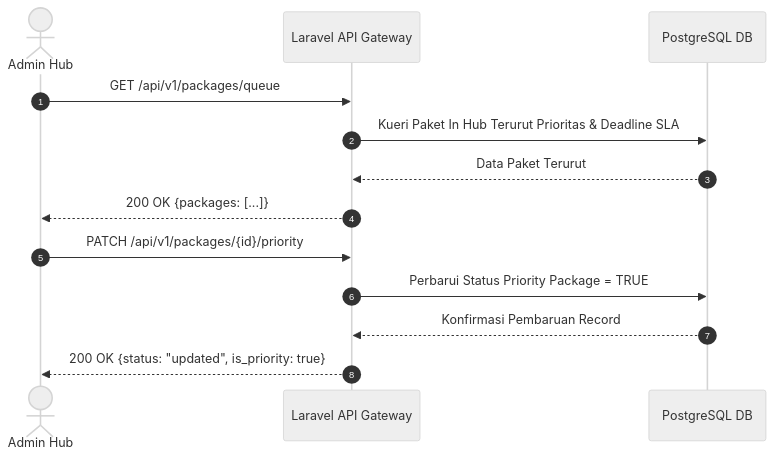
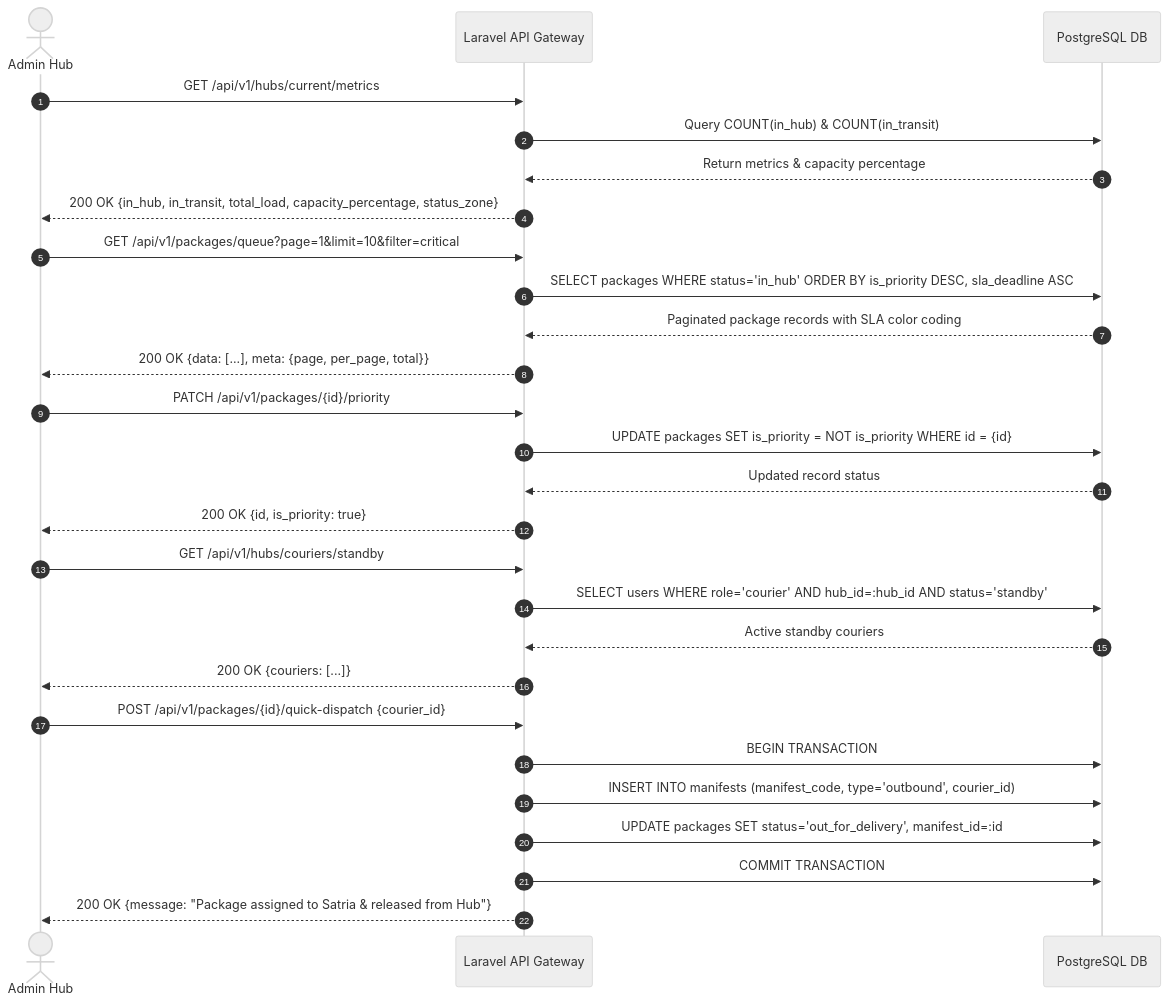
Before and after one commit to AhmadKusumahDEV/anteraja-capstone-muhammad_fatur: the diagram in docs/frd/FRD_F03_Dynamic_SLA_Queue.md, drawn with Mermaid (neutral theme). The commit also changed other lines of this file and 7 other files, not shown here.

Commit message:
updated prd and frd adjustment flow and mvp

````diff
--- a/docs/frd/FRD_F03_Dynamic_SLA_Queue.md
+++ b/docs/frd/FRD_F03_Dynamic_SLA_Queue.md
@@ -20,17 +47,34 @@
 ```mermaid
 sequenceDiagram
     autonumber
     actor Admin as Admin Hub
     participant API as Laravel API Gateway
     participant DB as PostgreSQL DB
 
-    Admin->>API: GET /api/v1/packages/queue
-    API->>DB: Kueri Paket In Hub Terurut Prioritas & Deadline SLA
-    DB-->>API: Data Paket Terurut
-    API-->>Admin: 200 OK {packages: [...]}
+    Admin->>API: GET /api/v1/hubs/current/metrics
+    API->>DB: Query COUNT(in_hub) & COUNT(in_transit)
+    DB-->>API: Return metrics & capacity percentage
+    API-->>Admin: 200 OK {in_hub, in_transit, total_load, capacity_percentage, status_zone}
+
+    Admin->>API: GET /api/v1/packages/queue?page=1&limit=10&filter=critical
+    API->>DB: SELECT packages WHERE status='in_hub' ORDER BY is_priority DESC, sla_deadline ASC
+    DB-->>API: Paginated package records with SLA color coding
+    API-->>Admin: 200 OK {data: [...], meta: {page, per_page, total}}
 
     Admin->>API: PATCH /api/v1/packages/{id}/priority
-    API->>DB: Perbarui Status Priority Package = TRUE
-    DB-->>API: Konfirmasi Pembaruan Record
-    API-->>Admin: 200 OK {status: "updated", is_priority: true}
+    API->>DB: UPDATE packages SET is_priority = NOT is_priority WHERE id = {id}
+    DB-->>API: Updated record status
+    API-->>Admin: 200 OK {id, is_priority: true}
+
+    Admin->>API: GET /api/v1/hubs/couriers/standby
+    API->>DB: SELECT users WHERE role='courier' AND hub_id=:hub_id AND status='standby'
+    DB-->>API: Active standby couriers
+    API-->>Admin: 200 OK {couriers: [...]}
+
+    Admin->>API: POST /api/v1/packages/{id}/quick-dispatch {courier_id}
+    API->>DB: BEGIN TRANSACTION
+    API->>DB: INSERT INTO manifests (manifest_code, type='outbound', courier_id)
+    API->>DB: UPDATE packages SET status='out_for_delivery', manifest_id=:id
+    API->>DB: COMMIT TRANSACTION
+    API-->>Admin: 200 OK {message: "Package assigned to Satria & released from Hub"}
 ```
````
